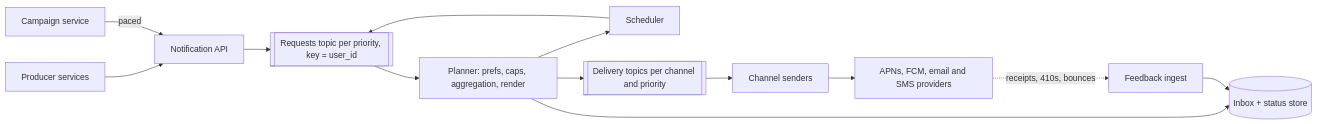
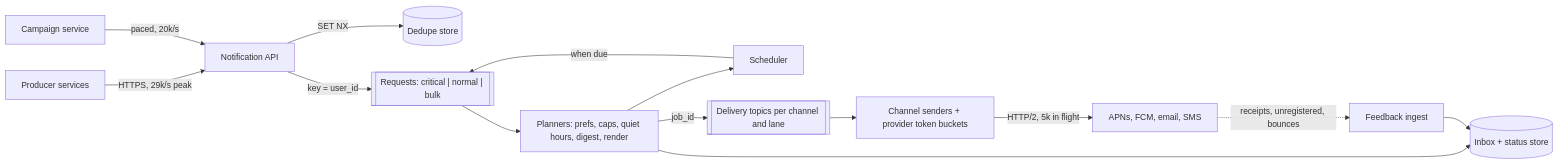
Before and after one commit to thull32/ascend: the diagram in content/tracks/09-system-design/03-case-studies/09-notification-system.md, drawn with Mermaid. The commit also changed other lines of this file and 8 other files, not shown here.

````diff
--- a/content/tracks/09-system-design/03-case-studies/09-notification-system.md
+++ b/content/tracks/09-system-design/03-case-studies/09-notification-system.md
@@ -97,15 +110,16 @@
 ```mermaid
 flowchart LR
-  P["Producer services"] --> API["Notification API"]
-  CS["Campaign service"] -->|"paced"| API
-  API --> K1[["Requests topic per priority, key = user_id"]]
-  K1 --> PL["Planner: prefs, caps, aggregation, render"]
+  P["Producer services"] -->|"HTTPS, 29k/s peak"| API["Notification API"]
+  CS["Campaign service"] -->|"paced, 20k/s"| API
+  API -->|"SET NX"| DD[("Dedupe store")]
+  API -->|"key = user_id"| K1[["Requests: critical | normal | bulk"]]
+  K1 --> PL["Planners: prefs, caps, quiet hours, digest, render"]
   PL --> DB[("Inbox + status store")]
   PL --> SCH["Scheduler"]
-  SCH --> K1
-  PL --> K2[["Delivery topics per channel and priority"]]
-  K2 --> SND["Channel senders"]
-  SND --> PR["APNs, FCM, email and SMS providers"]
-  PR -.->|"receipts, 410s, bounces"| FB["Feedback ingest"]
+  SCH -->|"when due"| K1
+  PL -->|"job_id"| K2[["Delivery topics per channel and lane"]]
+  K2 --> SND["Channel senders + provider token buckets"]
+  SND -->|"HTTP/2, 5k in flight"| PR["APNs, FCM, email, SMS"]
+  PR -.->|"receipts, unregistered, bounces"| FB["Feedback ingest"]
   FB --> DB
 ```
````
